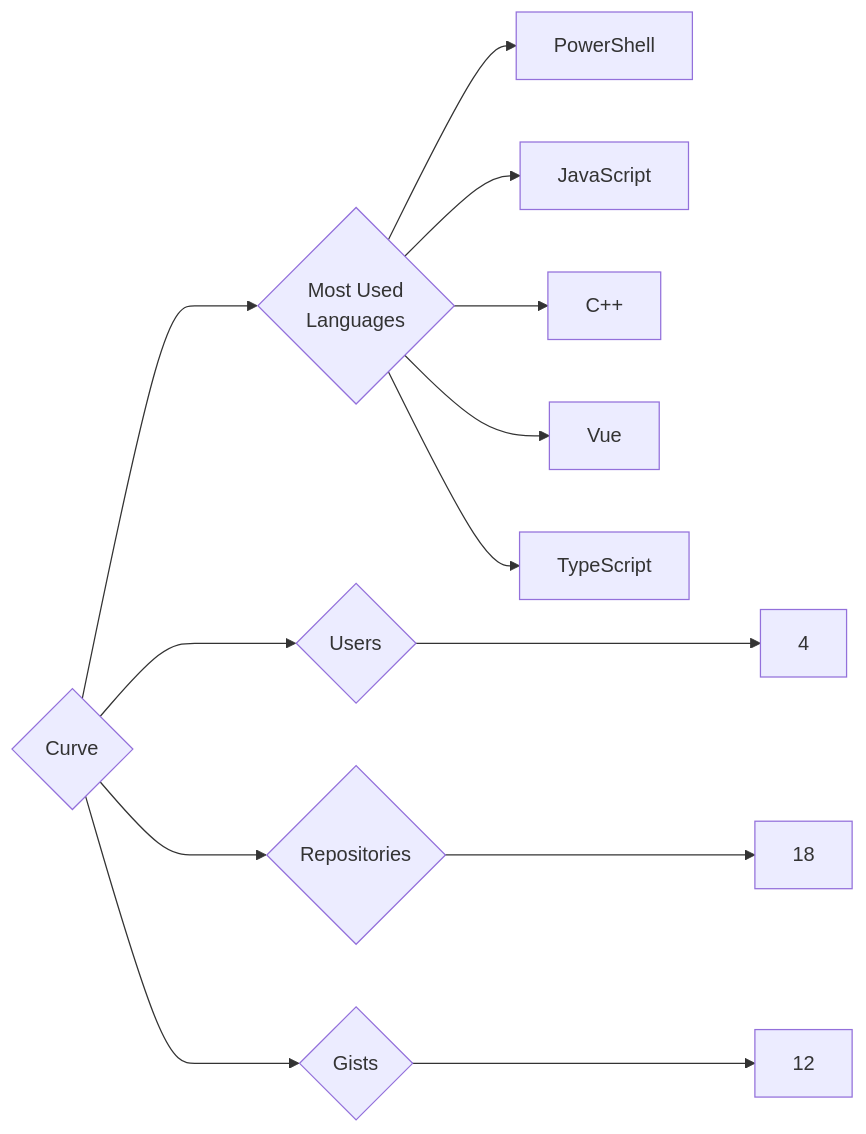
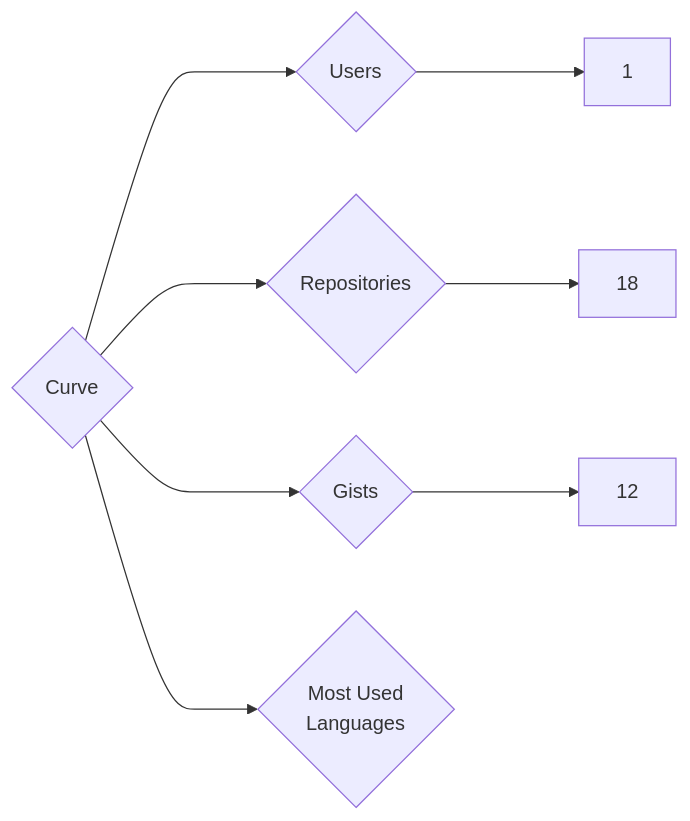
The diagram in targets/Curve/README.md (trickest/insiders), drawn with Mermaid before and after one commit. The commit also changed 997 other files, not shown here.

````diff
--- a/targets/Curve/README.md
+++ b/targets/Curve/README.md
@@ -3,13 +3,8 @@
 ```mermaid
 graph LR
 COMPANY_NAME{Curve}
-COMPANY_NAME ---> U{Users} ---> UN[4]
+COMPANY_NAME ---> U{Users} ---> UN[1]
 COMPANY_NAME ---> R{Repositories} ---> RN[18]
 COMPANY_NAME ---> G{Gists} ---> GN[12]
 COMPANY_NAME ---> ML{Most Used<br>Languages}
-ML --> PowerShell[PowerShell]
-ML --> JavaScript[JavaScript]
-ML --> C++[C++]
-ML --> Vue[Vue]
-ML --> TypeScript[TypeScript]
 ```
````
